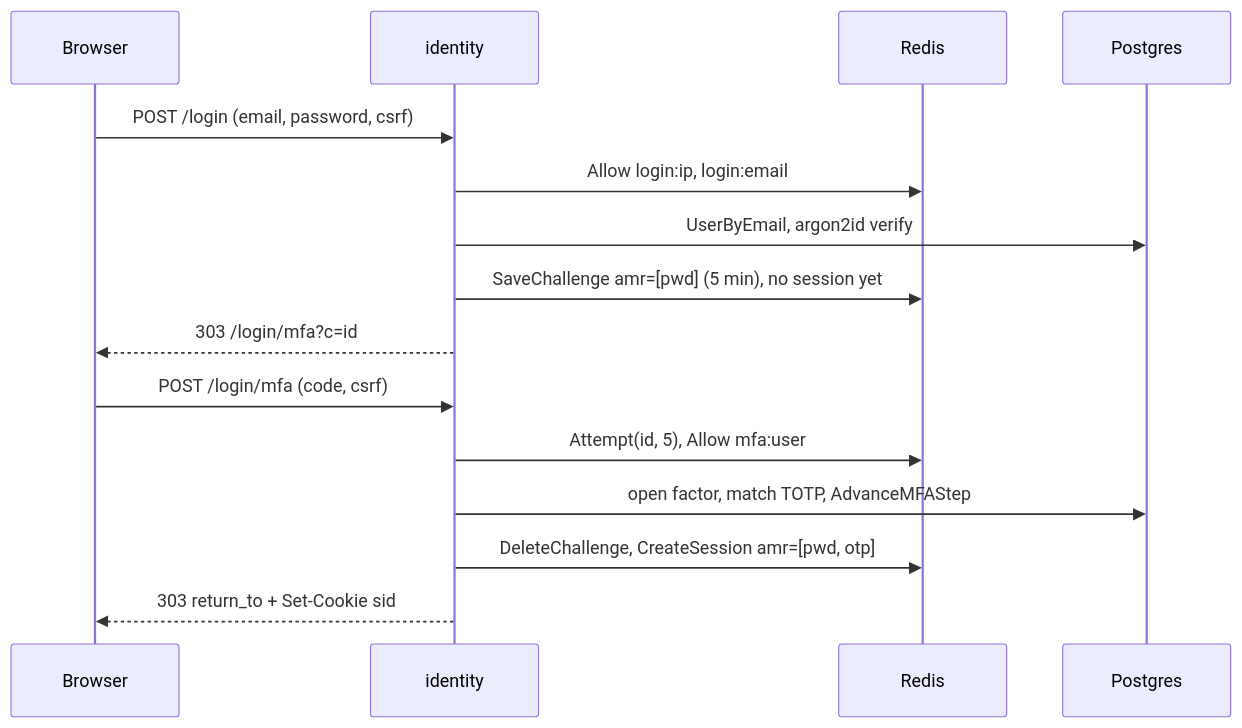
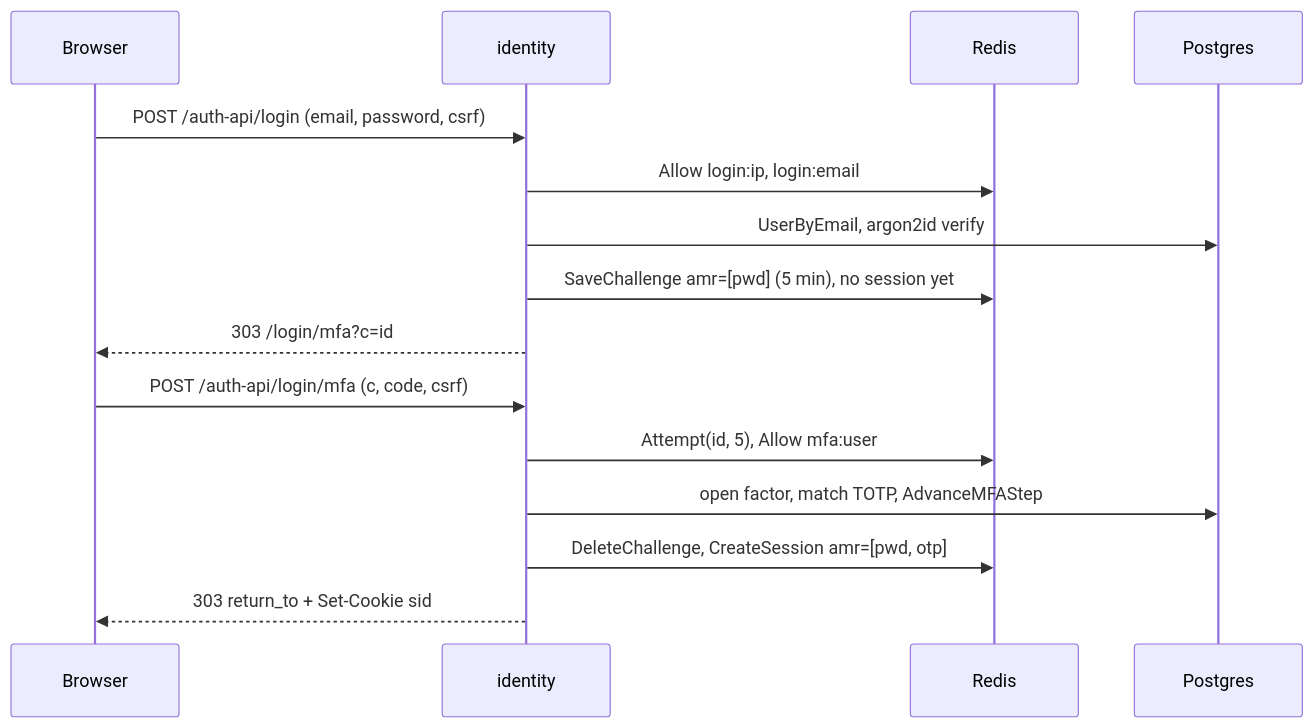
Before and after one commit to huponx/identity: the fourth of 21 diagrams in docs/flows.md, drawn with Mermaid. The commit also changed other lines of this file and 32 other files, not shown here.

````diff
--- a/docs/flows.md
+++ b/docs/flows.md
@@ -237,18 +253,18 @@
 ```mermaid
 sequenceDiagram
     participant B as Browser
     participant I as identity
     participant R as Redis
     participant P as Postgres
 
-    B->>I: POST /login (email, password, csrf)
+    B->>I: POST /auth-api/login (email, password, csrf)
     I->>R: Allow login:ip, login:email
     I->>P: UserByEmail, argon2id verify
     I->>R: SaveChallenge amr=[pwd] (5 min), no session yet
     I-->>B: 303 /login/mfa?c=id
-    B->>I: POST /login/mfa (code, csrf)
+    B->>I: POST /auth-api/login/mfa (c, code, csrf)
     I->>R: Attempt(id, 5), Allow mfa:user
     I->>P: open factor, match TOTP, AdvanceMFAStep
     I->>R: DeleteChallenge, CreateSession amr=[pwd, otp]
     I-->>B: 303 return_to + Set-Cookie sid
 ```
````
